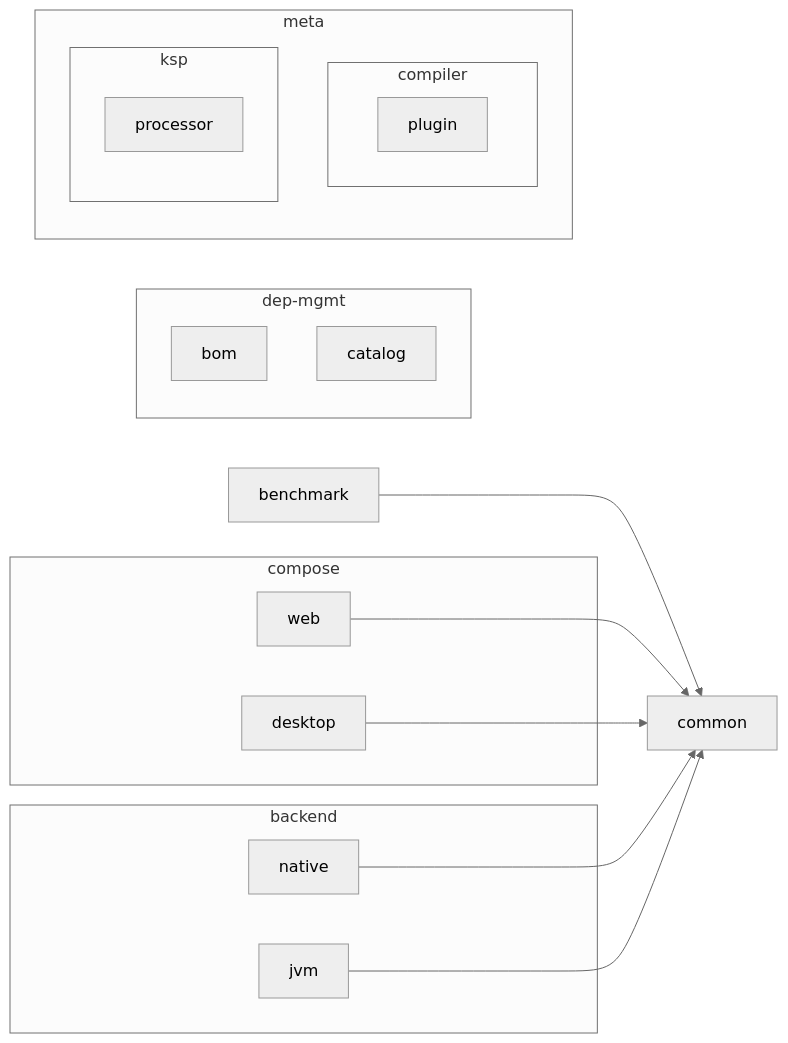
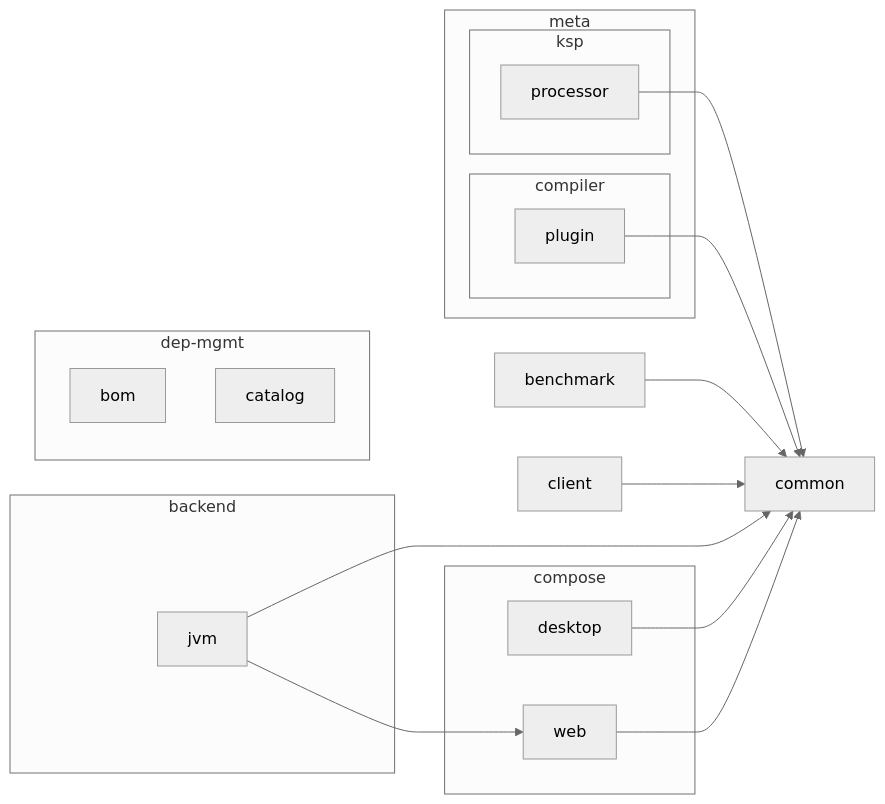
The diagram in README.md (sureshg/kotlin-mpp-playground), drawn with Mermaid before and after one commit. The commit also changed 15 other files, not shown here.

````diff
--- a/README.md
+++ b/README.md
@@ -128,39 +128,41 @@
 ```mermaid
 %%{
   init: {
     'theme': 'neutral'
   }
 }%%
 
 graph LR
 
   subgraph backend
     jvm
-    native
   end
   subgraph compose
     desktop
     web
   end
   subgraph dep-mgmt
     bom
     catalog
   end
   subgraph meta
     compiler
     ksp
   end
   subgraph compiler
     compiler
     plugin
   end
   subgraph ksp
     ksp
     processor
   end
+  plugin --> common
   benchmark --> common
   web --> common
   desktop --> common
-  native --> common
+  client --> common
+  processor --> common
   jvm --> common
+  jvm --> web
 ```
````
